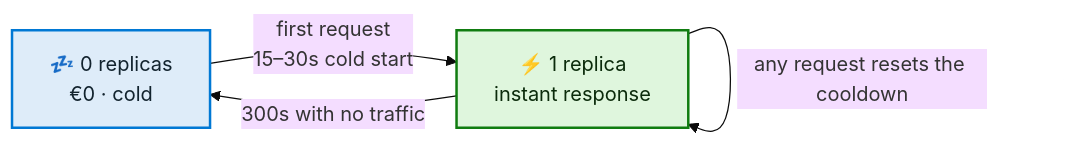
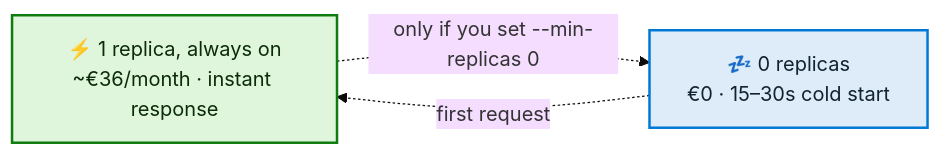
One commit to Roelzz/mcp_playground changed the third of 3 diagrams in AZURE.md. Above: the diagram before and after it, drawn with Mermaid (base theme). The commit also changed other lines of this file and 2 other files, not shown here.

First line of the commit message:
feat: keep one replica running at all times

````diff
--- a/AZURE.md
+++ b/AZURE.md
@@ -249,13 +254,12 @@
 ```mermaid
 flowchart LR
-    Zero["💤 0 replicas<br/>€0 · cold"]
-    Warm["⚡ 1 replica<br/>instant response"]
-    Zero -->|"first request<br/>15–30s cold start"| Warm
-    Warm -->|"300s with no traffic"| Zero
-    Warm -->|"any request resets the cooldown"| Warm
+    Warm["⚡ 1 replica, always on<br/>~€36/month · instant response"]
+    Zero["💤 0 replicas<br/>€0 · 15–30s cold start"]
+    Warm -.->|"only if you set --min-replicas 0"| Zero
+    Zero -.->|"first request"| Warm
 
     classDef cold fill:#deecf9,stroke:#0078d4,stroke-width:2px,color:#12232e
     classDef hot fill:#dff6dd,stroke:#107c10,stroke-width:2px,color:#0b2b0b
     class Zero cold
     class Warm hot
 ```
````
